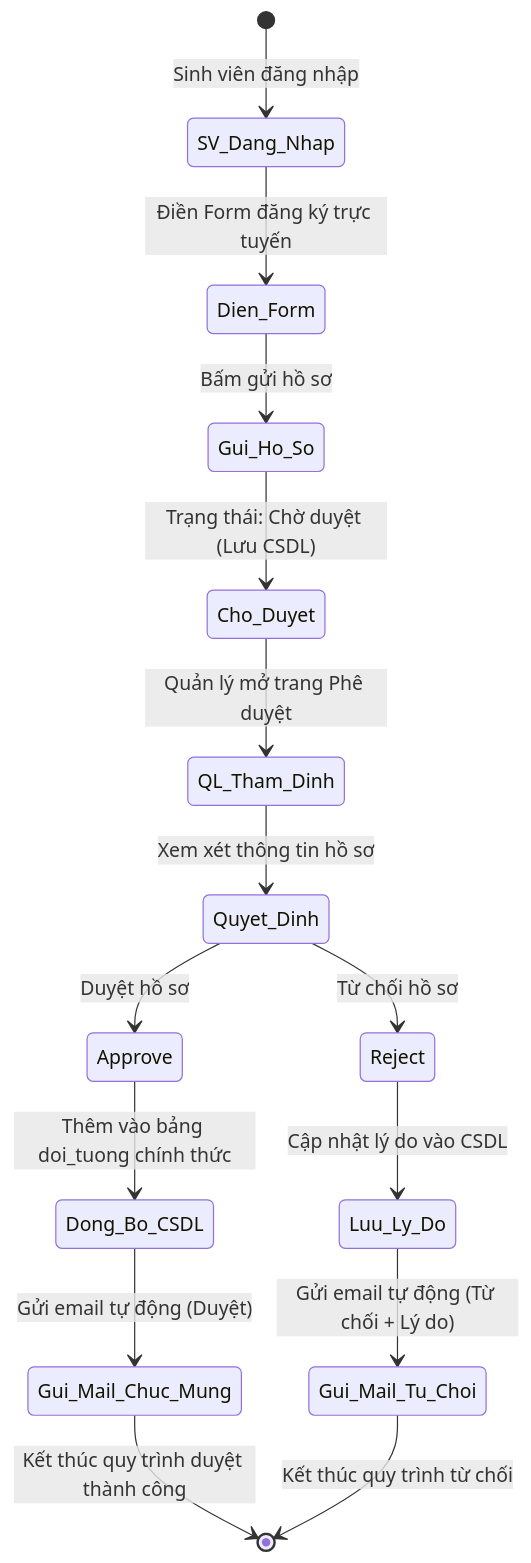
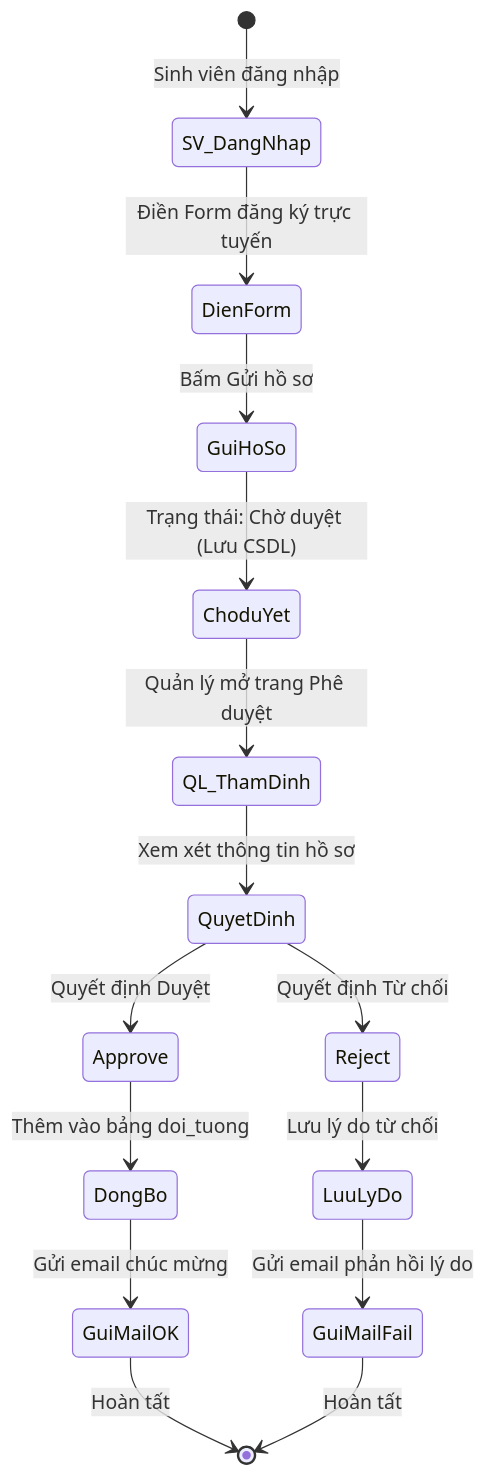
One commit to Datdajt03/QLQTUT-Dang changed the second of 6 diagrams in chitiet.md. Above: the diagram before and after it, drawn with Mermaid. The commit also changed other lines of this file, not shown here.

Commit message:
Docs: completely rewrite chitiet.md - comprehensive system analysis report with full UI descriptions, 35-column data dictionary, 4 diagrams, architecture overview, results table

````diff
--- a/chitiet.md
+++ b/chitiet.md
@@ -140,19 +291,20 @@
 ```mermaid
 stateDiagram-v2
-    [*] --> SV_Dang_Nhap: Sinh viên đăng nhập
-    SV_Dang_Nhap --> Dien_Form: Điền Form đăng ký trực tuyến
-    Dien_Form --> Gui_Ho_So: Bấm gửi hồ sơ
-    Gui_Ho_So --> Cho_Duyet: Trạng thái: Chờ duyệt (Lưu CSDL)
-    Cho_Duyet --> QL_Tham_Dinh: Quản lý mở trang Phê duyệt
-    QL_Tham_Dinh --> Quyet_Dinh: Xem xét thông tin hồ sơ
-    Quyet_Dinh --> Approve: Duyệt hồ sơ
-    Quyet_Dinh --> Reject: Từ chối hồ sơ
+    [*] --> SV_DangNhap : Sinh viên đăng nhập
+    SV_DangNhap --> DienForm : Điền Form đăng ký trực tuyến
+    DienForm --> GuiHoSo : Bấm Gửi hồ sơ
+    GuiHoSo --> ChoduYet : Trạng thái: Chờ duyệt (Lưu CSDL)
+    ChoduYet --> QL_ThamDinh : Quản lý mở trang Phê duyệt
+    QL_ThamDinh --> QuyetDinh : Xem xét thông tin hồ sơ
 
-    Approve --> Dong_Bo_CSDL: Thêm vào bảng doi_tuong chính thức
-    Dong_Bo_CSDL --> Gui_Mail_Chuc_Mung: Gửi email tự động (Duyệt)
-    Gui_Mail_Chuc_Mung --> [*]: Kết thúc quy trình duyệt thành công
+    QuyetDinh --> Approve : Quyết định Duyệt
+    QuyetDinh --> Reject : Quyết định Từ chối
 
-    Reject --> Luu_Ly_Do: Cập nhật lý do vào CSDL
-    Luu_Ly_Do --> Gui_Mail_Tu_Choi: Gửi email tự động (Từ chối + Lý do)
-    Gui_Mail_Tu_Choi --> [*]: Kết thúc quy trình từ chối
+    Approve --> DongBo : Thêm vào bảng doi_tuong
+    DongBo --> GuiMailOK : Gửi email chúc mừng
+    GuiMailOK --> [*] : Hoàn tất
+
+    Reject --> LuuLyDo : Lưu lý do từ chối
+    LuuLyDo --> GuiMailFail : Gửi email phản hồi lý do
+    GuiMailFail --> [*] : Hoàn tất
 ```
````
